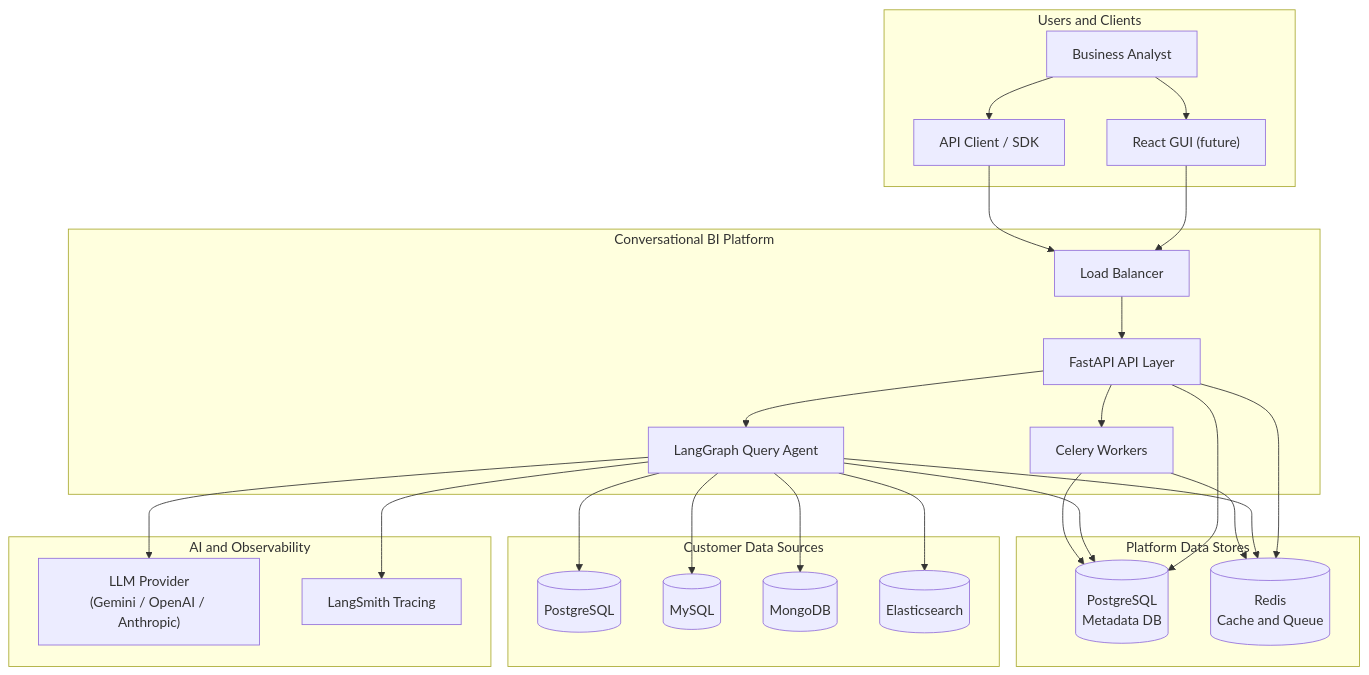
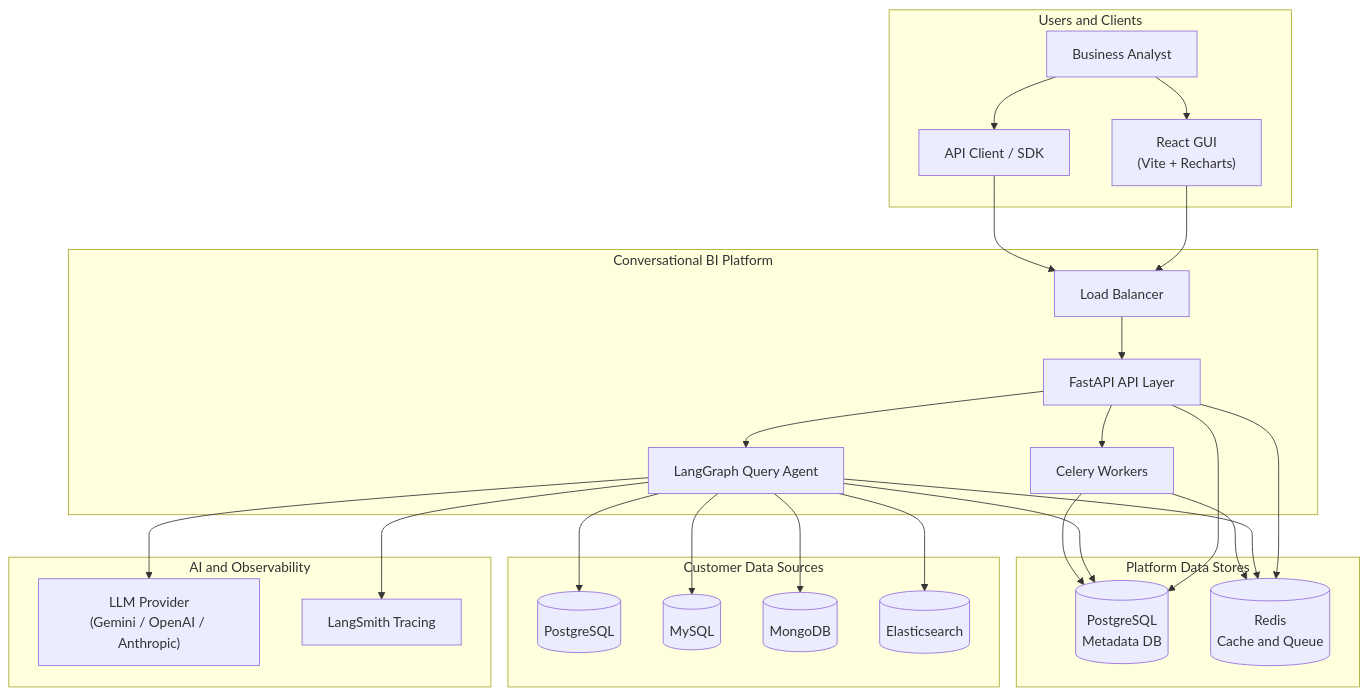
One commit to Gaurav24011989/conversational-bi changed the first of 9 diagrams in docs/architecture.md. Above: the diagram before and after it, drawn with Mermaid. The commit also changed other lines of this file and 45 other files, not shown here.

First line of the commit message:
Add React+Vite frontend with Playwright e2e tests (#5)

````diff
--- a/docs/architecture.md
+++ b/docs/architecture.md
@@ -11,56 +11,56 @@
 ```mermaid
 flowchart TB
   subgraph users [Users and Clients]
     Analyst[Business Analyst]
-    ReactGUI["React GUI (future)"]
+    ReactGUI["React GUI\n(Vite + Recharts)"]
     APIClient[API Client / SDK]
   end
 
   subgraph platform [Conversational BI Platform]
     LB[Load Balancer]
     API[FastAPI API Layer]
     Agent[LangGraph Query Agent]
     Workers[Celery Workers]
   end
 
   subgraph intelligence [AI and Observability]
     LLM["LLM Provider\n(Gemini / OpenAI / Anthropic)"]
     LangSmith[LangSmith Tracing]
   end
 
   subgraph platformData [Platform Data Stores]
     MetaDB[(PostgreSQL\nMetadata DB)]
     Redis[(Redis\nCache and Queue)]
   end
 
   subgraph customerData [Customer Data Sources]
   PG[(PostgreSQL)]
   MySQL[(MySQL)]
   Mongo[(MongoDB)]
   ES[(Elasticsearch)]
   end
 
   Analyst --> ReactGUI
   Analyst --> APIClient
   ReactGUI --> LB
   APIClient --> LB
   LB --> API
 
   API --> Agent
   API --> Workers
   API --> MetaDB
   API --> Redis
 
   Agent --> LLM
   Agent --> LangSmith
   Agent --> Redis
   Agent --> MetaDB
 
   Workers --> MetaDB
   Workers --> Redis
 
   Agent --> PG
   Agent --> MySQL
   Agent --> Mongo
   Agent --> ES
 ```
````
